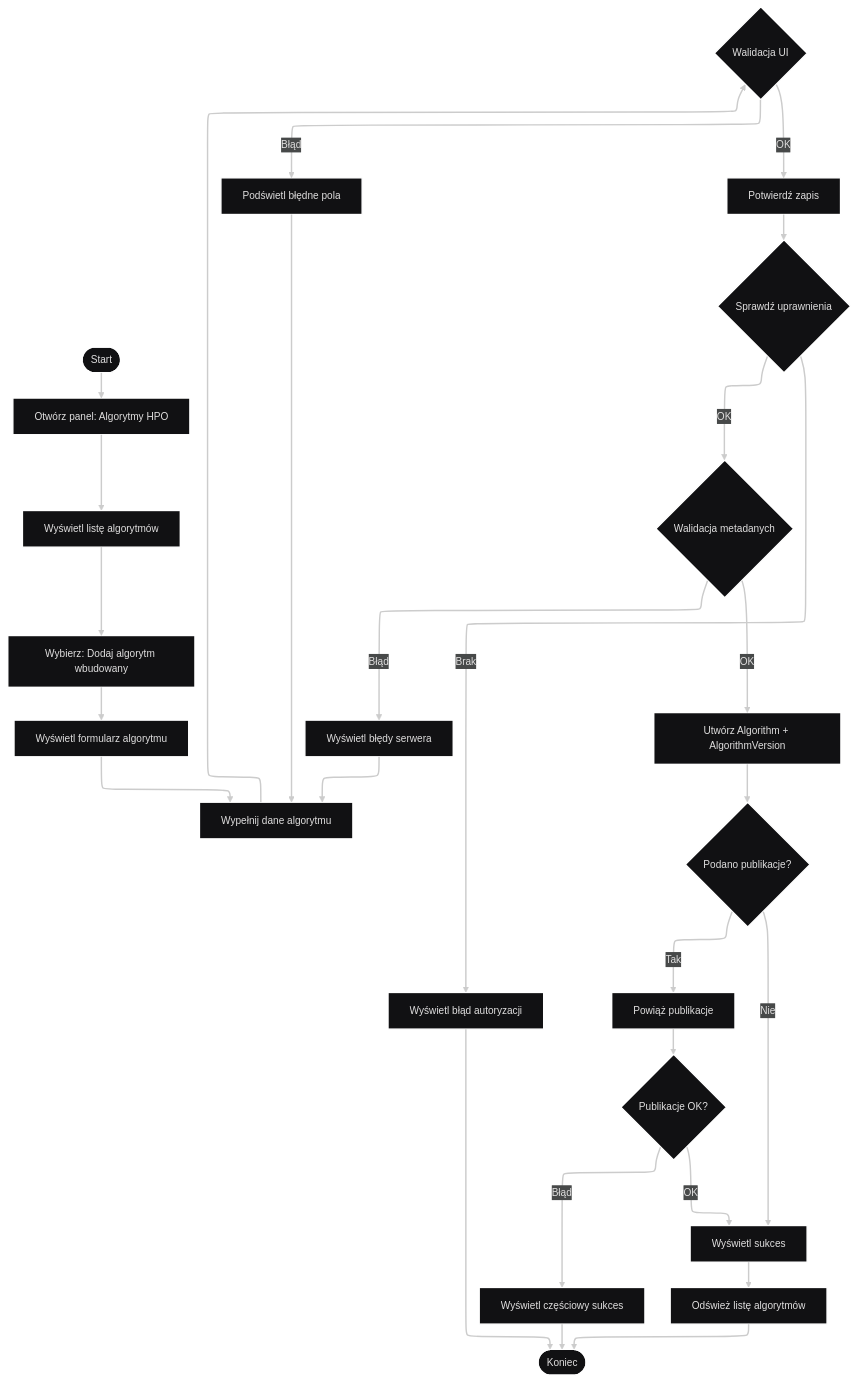
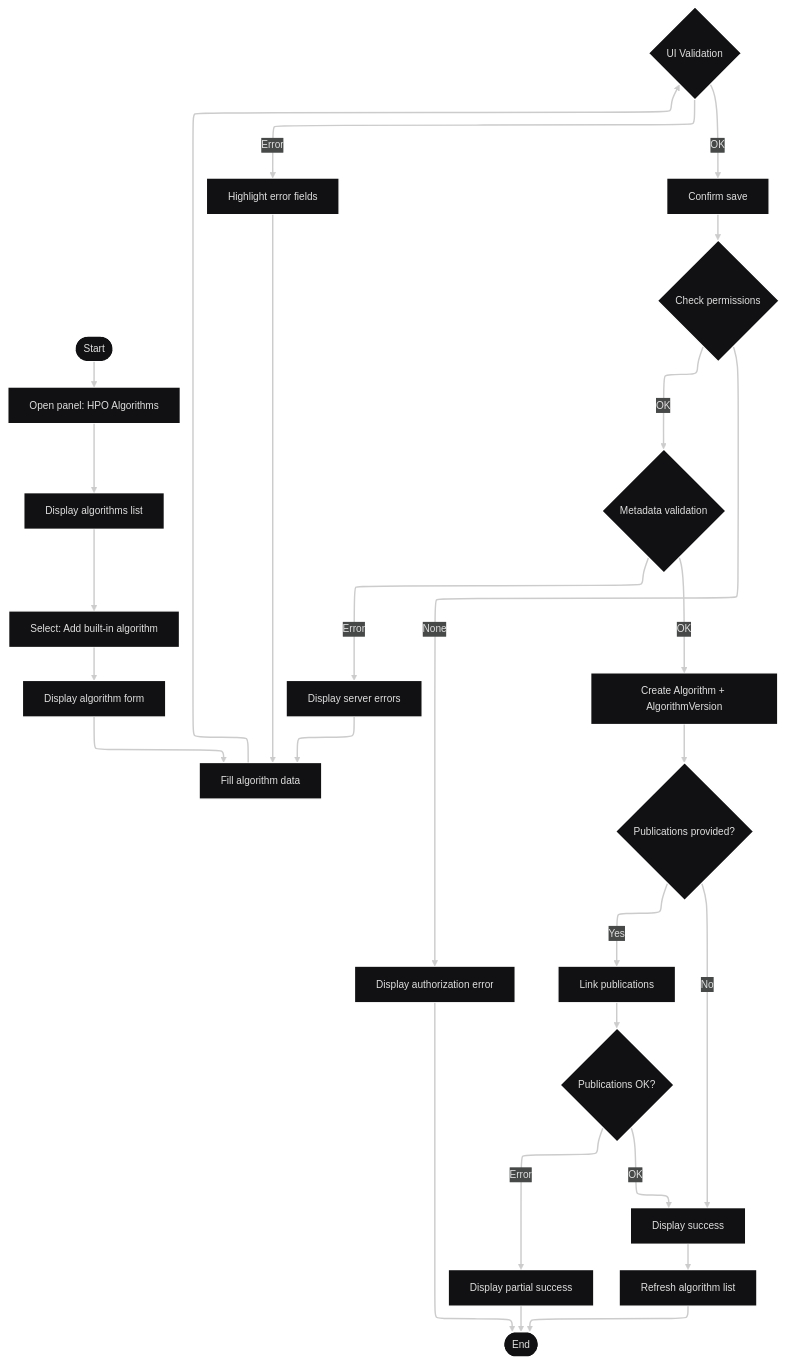
One commit to jedrzejpolaczek/aviarium.corvidae.corvus_corone changed the fifth of 33 diagrams in docs/requirements/use-cases.md. Above: the diagram before and after it, drawn with Mermaid. The commit also changed other lines of this file and 21 other files, not shown here.

````diff
--- a/docs/requirements/use-cases.md
+++ b/docs/requirements/use-cases.md
@@ -260,33 +260,33 @@
 ```mermaid
 ---
 config:
   layout: elk
   theme: redux-dark
 ---
 flowchart TB
-    Start(["Start"]) --> OpenPanel["Otwórz panel: Algorytmy HPO"]
-    OpenPanel --> ViewList["Wyświetl listę algorytmów"]
-    ViewList --> SelectAdd["Wybierz: Dodaj algorytm wbudowany"]
-    SelectAdd --> ShowForm["Wyświetl formularz algorytmu"]
-    ShowForm --> FillForm["Wypełnij dane algorytmu"]
-    FillForm --> ValidateUI{"Walidacja UI"}
-    ValidateUI -- Błąd --> ShowUIErrors["Podświetl błędne pola"]
+    Start(["Start"]) --> OpenPanel["Open panel: HPO Algorithms"]
+    OpenPanel --> ViewList["Display algorithms list"]
+    ViewList --> SelectAdd["Select: Add built-in algorithm"]
+    SelectAdd --> ShowForm["Display algorithm form"]
+    ShowForm --> FillForm["Fill algorithm data"]
+    FillForm --> ValidateUI{"UI Validation"}
+    ValidateUI -- Error --> ShowUIErrors["Highlight error fields"]
     ShowUIErrors --> FillForm
-    ValidateUI -- OK --> ConfirmSave["Potwierdź zapis"]
-    ConfirmSave --> CheckPerms{"Sprawdź uprawnienia"}
-    CheckPerms -- Brak --> ShowAuthError["Wyświetl błąd autoryzacji"]
-    ShowAuthError --> End(["Koniec"])
-    CheckPerms -- OK --> ValidateMetadata{"Walidacja metadanych"}
-    ValidateMetadata -- Błąd --> ShowServerErrors["Wyświetl błędy serwera"]
+    ValidateUI -- OK --> ConfirmSave["Confirm save"]
+    ConfirmSave --> CheckPerms{"Check permissions"}
+    CheckPerms -- None --> ShowAuthError["Display authorization error"]
+    ShowAuthError --> End(["End"])
+    CheckPerms -- OK --> ValidateMetadata{"Metadata validation"}
+    ValidateMetadata -- Error --> ShowServerErrors["Display server errors"]
     ShowServerErrors --> FillForm
-    ValidateMetadata -- OK --> CreateAlgorithm["Utwórz Algorithm + AlgorithmVersion"]
-    CreateAlgorithm --> CheckDOI{"Podano publikacje?"}
-    CheckDOI -- Nie --> SaveSuccess["Wyświetl sukces"]
-    CheckDOI -- Tak --> LinkPublications["Powiąż publikacje"]
-    LinkPublications --> PubSuccess{"Publikacje OK?"}
-    PubSuccess -- Błąd --> PartialSuccess["Wyświetl częściowy sukces"]
+    ValidateMetadata -- OK --> CreateAlgorithm["Create Algorithm + AlgorithmVersion"]
+    CreateAlgorithm --> CheckDOI{"Publications provided?"}
+    CheckDOI -- No --> SaveSuccess["Display success"]
+    CheckDOI -- Yes --> LinkPublications["Link publications"]
+    LinkPublications --> PubSuccess{"Publications OK?"}
+    PubSuccess -- Error --> PartialSuccess["Display partial success"]
     PubSuccess -- OK --> SaveSuccess
-    SaveSuccess --> RefreshList["Odśwież listę algorytmów"]
+    SaveSuccess --> RefreshList["Refresh algorithm list"]
     RefreshList --> End
     PartialSuccess --> End
 ```
````
